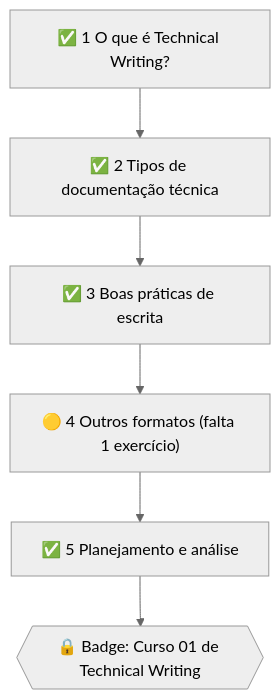
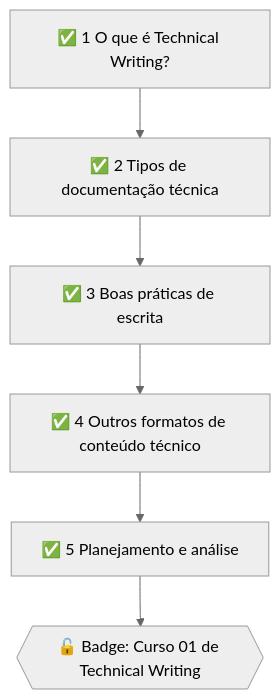
One commit to letsprown-code/po-learning-journal changed the fifth of 5 diagrams in mapa-de-estudos.md. Above: the diagram before and after it, drawn with Mermaid (neutral theme). The commit also changed other lines of this file and 3 other files, not shown here.

```diff
--- a/mapa-de-estudos.md
+++ b/mapa-de-estudos.md
@@ -147,6 +147,6 @@
 ~~~mermaid
 flowchart TD
     A1["✅ 1 O que é Technical Writing?"] --> A2["✅ 2 Tipos de documentação técnica"] --> A3["✅ 3 Boas práticas de escrita"]
-    A3 --> A4["🟡 4 Outros formatos (falta 1 exercício)"] --> A5["✅ 5 Planejamento e análise"]
-    A5 --> B{{"🔒 Badge: Curso 01 de Technical Writing"}}
+    A3 --> A4["✅ 4 Outros formatos de conteúdo técnico"] --> A5["✅ 5 Planejamento e análise"]
+    A5 --> B{{"🔓 Badge: Curso 01 de Technical Writing"}}
 ~~~
```
